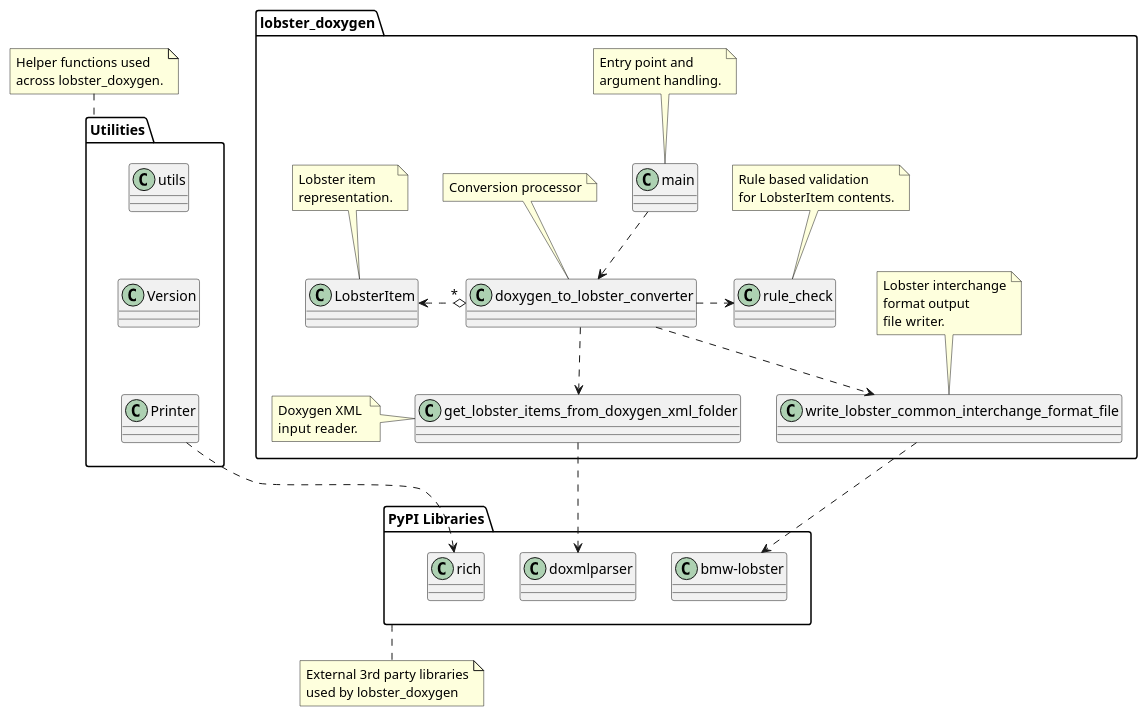
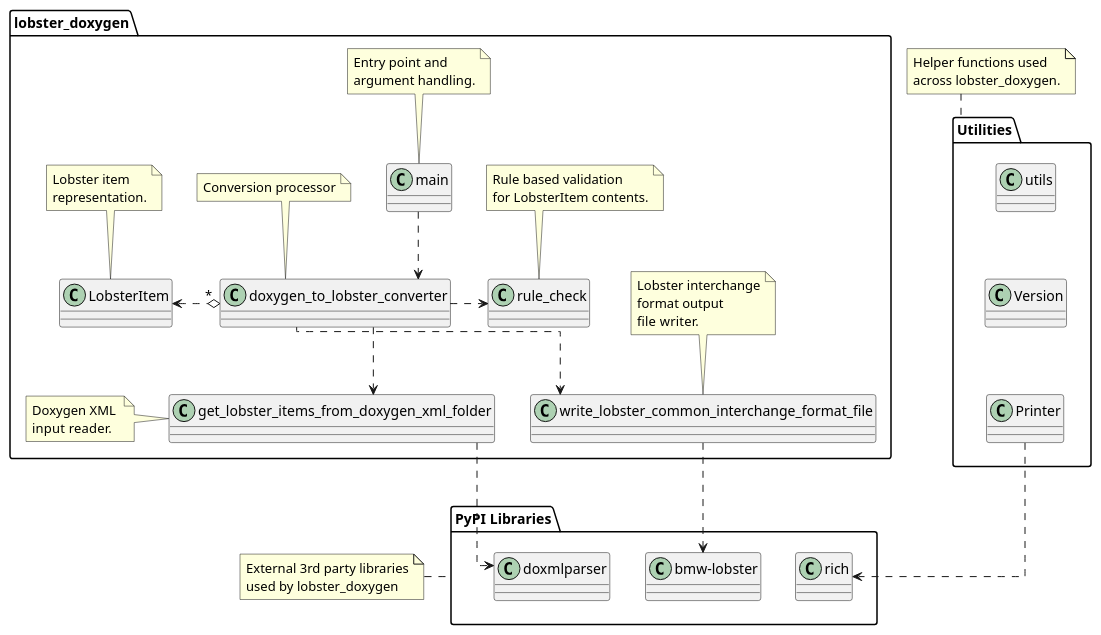
The diagram in doc/architecture/class_diagram.puml (NewTec-GmbH/lobster-doxygen), drawn with PlantUML before and after one commit. The commit also changed 11 other files, not shown here.

Commit message:
DOC: Integrate architecture part

```diff
--- a/doc/architecture/class_diagram.puml
+++ b/doc/architecture/class_diagram.puml
@@ -1,96 +1,97 @@
 @startuml class_diagram
+skinparam linetype ortho
 
 package "PyPI Libraries" {
     class bmw-lobster     
     class doxmlparser 
     class rich 
 }
 
-note bottom of "PyPI Libraries"
+note left of "PyPI Libraries"
     External 3rd party libraries
     used by lobster_doxygen
 end note
 
 package lobster_doxygen {
     class main {
 
     } 
 
     note top of main
         Entry point and
         argument handling.
     end note
 
     class "doxygen_to_lobster_converter" as converter {
     }
 
     note top of converter
         Conversion processor
     end note
 
     class "write_lobster_common_interchange_format_file" as writer {
 
     }
 
     note top of writer
         Lobster interchange
         format output
         file writer.
     end note
 
     class "get_lobster_items_from_doxygen_xml_folder" as reader {
     }
 
 
     note left of reader
         Doxygen XML 
         input reader.
     end note
     class "rule_check" as checker{
 
     }
 
     note top of checker
         Rule based validation
         for LobsterItem contents.
     end note
 
     class LobsterItem {
 
     }
 
         note top of LobsterItem
         Lobster item
         representation.
     end note
 
 }
 
 package Utilities {
  
     class Printer    
     class Version     
     class utils 
     
     utils .d[hidden].> Version
     Version .d[hidden].> Printer
 }
 
 note top of Utilities
     Helper functions used
     across lobster_doxygen.
 end note
 
 
 main .d.> converter
 converter .d.> reader
 converter .d.> writer
 converter .r.> checker
 converter "*" o.l.> LobsterItem 
 
 reader .d.> doxmlparser
 writer .d.> "bmw-lobster"
 
 Printer .d.> rich
 
 @enduml
```
